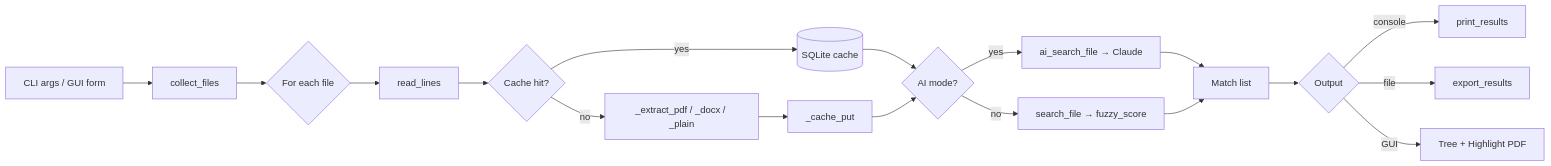
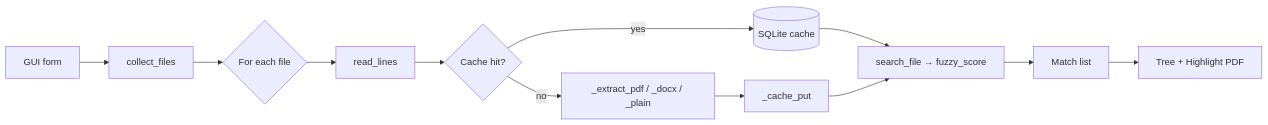
The diagram in docs/INTERNALS.md (Salman-bot/fuzzer), drawn with Mermaid before and after one commit. The commit also changed other lines of this file and 10 other files, not shown here.

````diff
--- a/docs/INTERNALS.md
+++ b/docs/INTERNALS.md
@@ -52,18 +48,13 @@
 ```mermaid
 flowchart LR
-    A[CLI args / GUI form] --> B[collect_files]
+    A[GUI form] --> B[collect_files]
     B --> C{For each file}
     C --> D[read_lines]
     D --> E{Cache hit?}
     E -->|yes| F[(SQLite cache)]
     E -->|no| G[_extract_pdf / _docx / _plain]
     G --> H[_cache_put]
-    F & H --> I{AI mode?}
-    I -->|yes| J[ai_search_file → Claude]
-    I -->|no| K[search_file → fuzzy_score]
-    J & K --> L[Match list]
-    L --> M{Output}
-    M -->|console| N[print_results]
-    M -->|file| O[export_results]
-    M -->|GUI| P[Tree + Highlight PDF]
+    F & H --> K[search_file → fuzzy_score]
+    K --> L[Match list]
+    L --> P[Tree + Highlight PDF]
 ```
````
